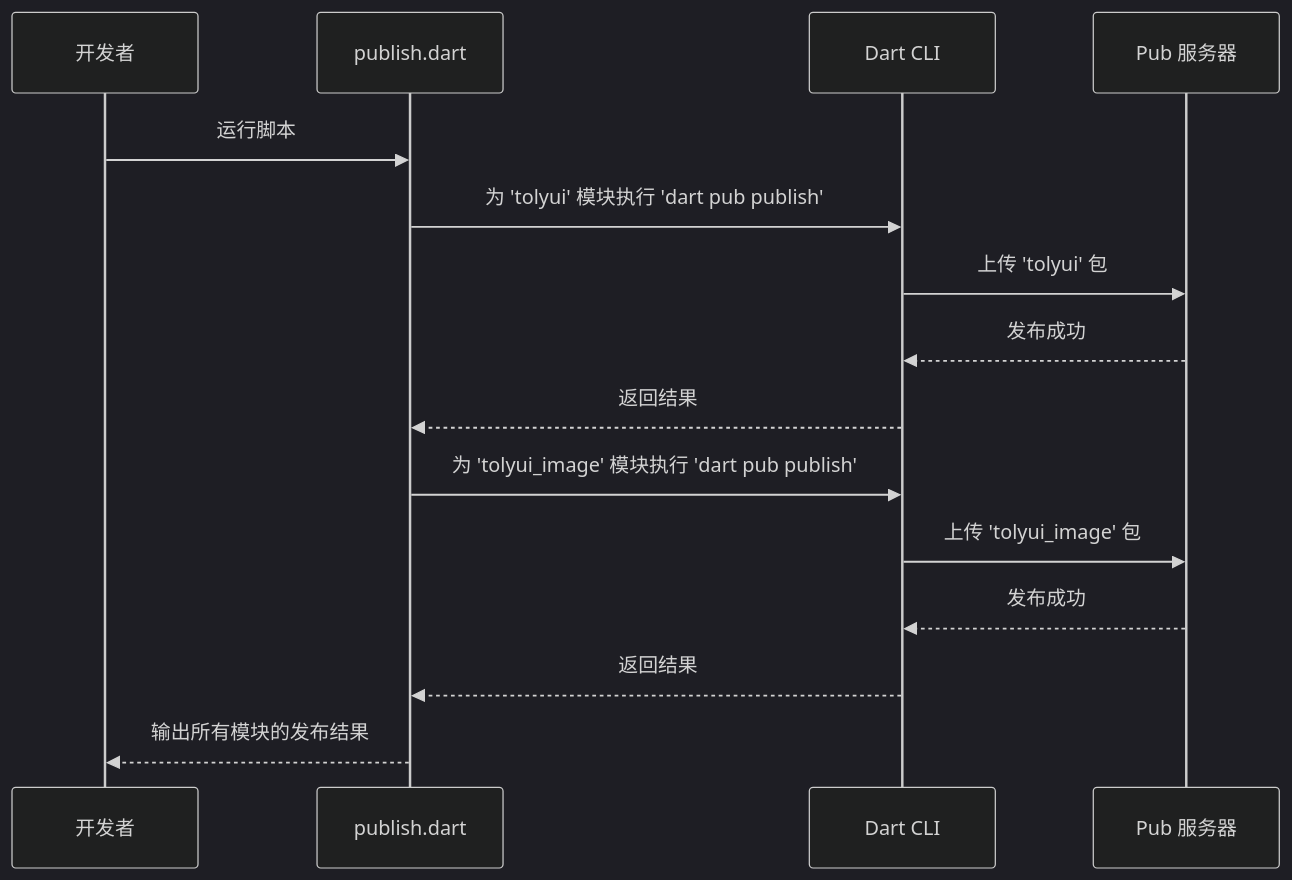
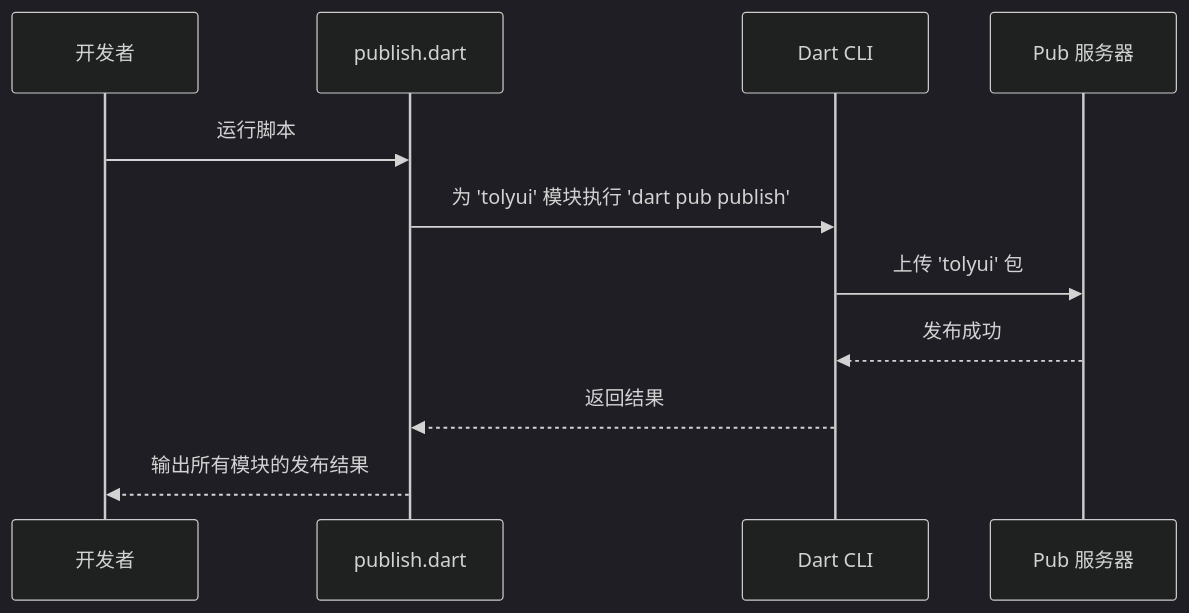
One commit to TolyFx/toly_ui changed the sixth of 6 diagrams in doc/dev/project_analysis.md. Above: the diagram before and after it, drawn with Mermaid (dark theme). The commit also changed other lines of this file and 338 other files, not shown here.

````diff
--- a/doc/dev/project_analysis.md
+++ b/doc/dev/project_analysis.md
@@ -123,18 +121,14 @@
 ```mermaid
 sequenceDiagram
     participant User as 开发者
     participant Script as publish.dart
     participant CLI as Dart CLI
     participant Pub as Pub 服务器
 
     User->>Script: 运行脚本
     Script->>CLI: 为 'tolyui' 模块执行 'dart pub publish'
     CLI->>Pub: 上传 'tolyui' 包
     Pub-->>CLI: 发布成功
     CLI-->>Script: 返回结果
-    Script->>CLI: 为 'tolyui_image' 模块执行 'dart pub publish'
-    CLI->>Pub: 上传 'tolyui_image' 包
-    Pub-->>CLI: 发布成功
-    CLI-->>Script: 返回结果
     Script-->>User: 输出所有模块的发布结果
 ```
````
